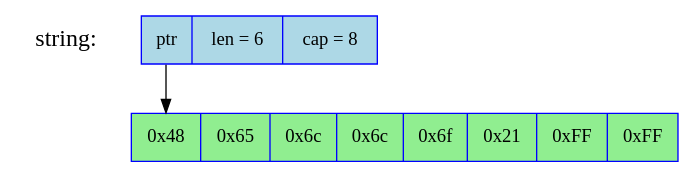
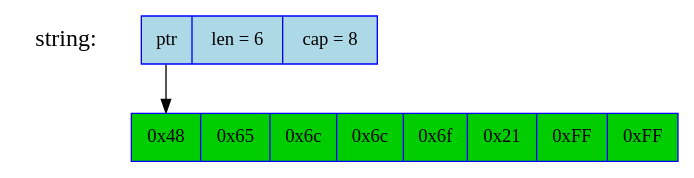
The first of 2 diagrams in training-slides/src/advanced-strings.md (ferrous-systems/rust-training), drawn with Graphviz before and after one commit. The commit also changed 7 other files, not shown here.

````diff
--- a/training-slides/src/advanced-strings.md
+++ b/training-slides/src/advanced-strings.md
@@ -18,14 +18,14 @@
 ```dot process
 digraph {
     node [shape=plaintext, fontcolor=black, fontsize=18];
     "string:" [color=white];
 
     node [shape=record, fontcolor=black, fontsize=14, width=3];
-    _inner [label="<f0> 0x48 | 0x65 | 0x6c | 0x6c | 0x6f | 0x21 | 0xFF | 0xFF", color=blue, fillcolor=lightgreen, style=filled];
+    _inner [label="<f0> 0x48 | 0x65 | 0x6c | 0x6c | 0x6f | 0x21 | 0xFF | 0xFF", color=blue, fillcolor=green3, style=filled];
     node [shape=record, fontcolor=black, fontsize=14, width=2];
     string [label="<p0> ptr | len = 6 | cap = 8", color=blue, fillcolor=lightblue, style=filled];
     string:p0 -> _inner:f0;
 
     { rank=same; "string:"; string }
 }
 ```
````
